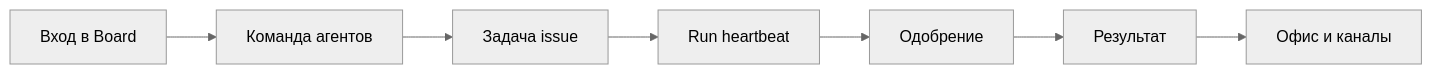
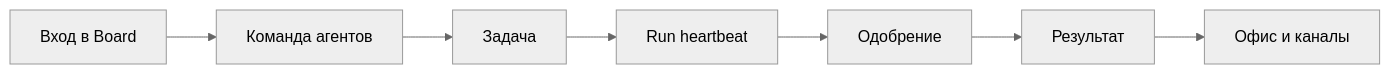
One commit to Dmitriion/datagent-docs changed the diagram in docs/guides/index.mdx. Above: the diagram before and after it, drawn with Mermaid (neutral theme). The commit also changed other lines of this file and 9 other files, not shown here.

````diff
--- a/docs/guides/index.mdx
+++ b/docs/guides/index.mdx
@@ -63,9 +67,9 @@
 ```mermaid
 flowchart LR
   A[Вход в Board] --> B[Команда агентов]
-  B --> C[Задача issue]
+  B --> C[Задача]
   C --> D[Run heartbeat]
   D --> E[Одобрение]
   E --> F[Результат]
   F --> G[Офис и каналы]
 ```
````
